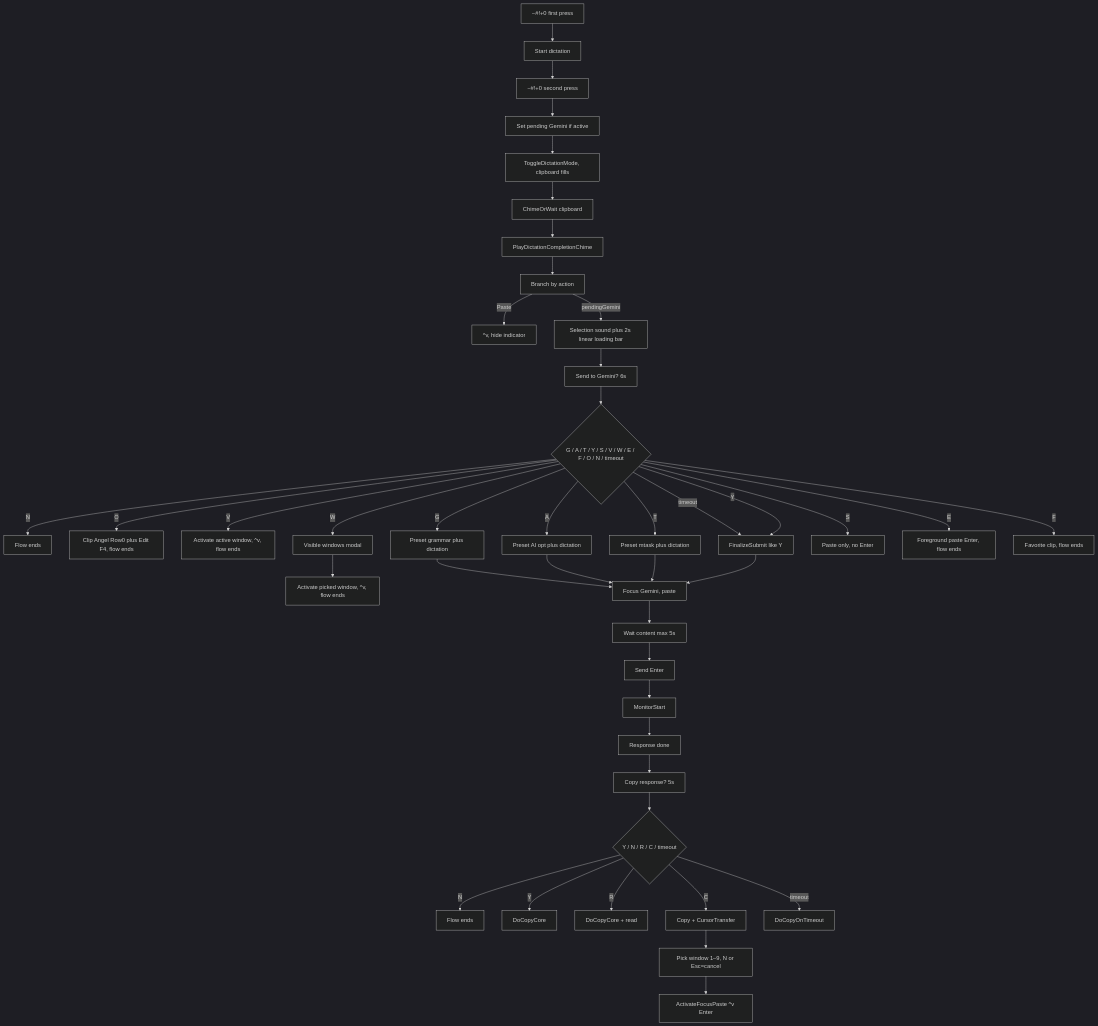
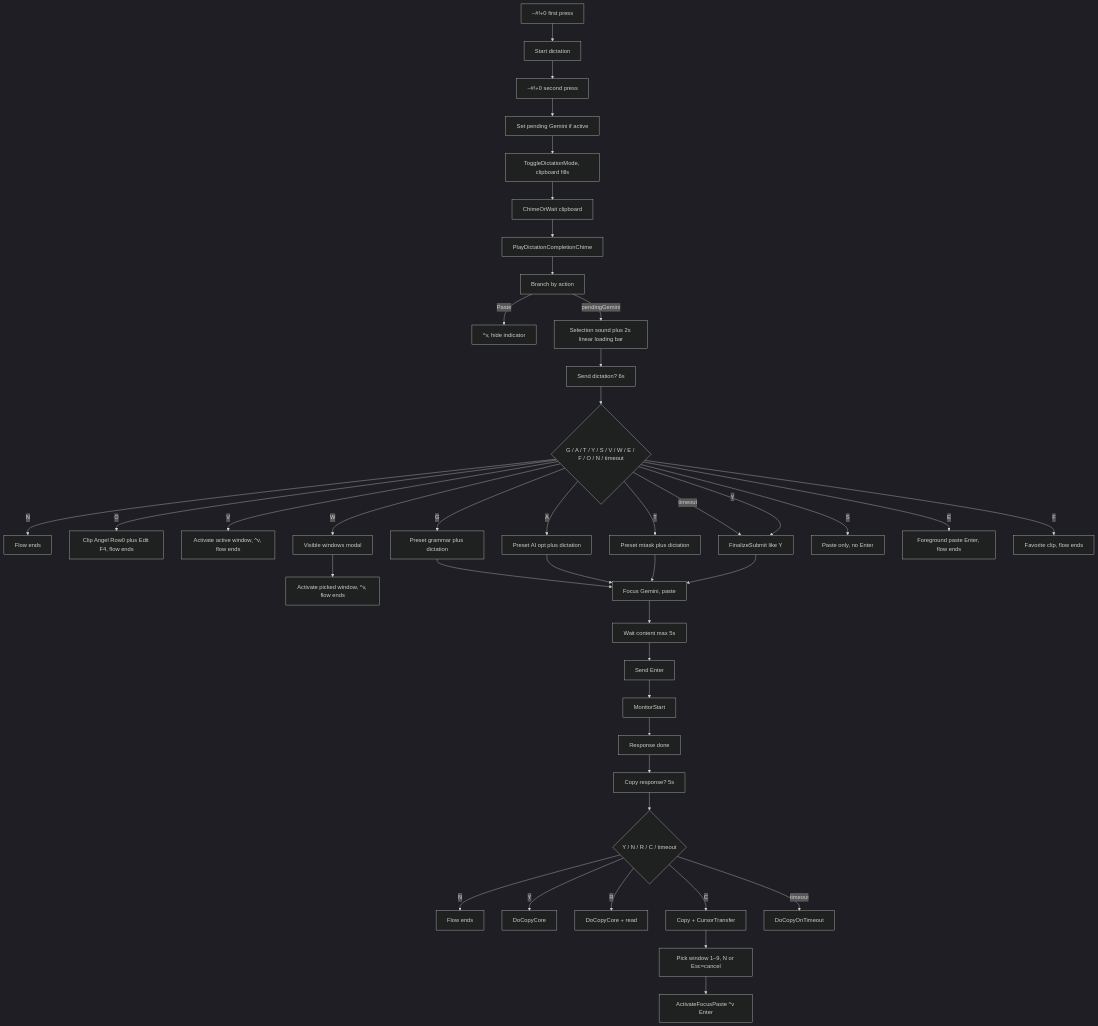
The first of 2 diagrams in docs/dictation-to-gemini-cursor-flow.md (duducm2/scripts), drawn with Mermaid (dark theme) before and after one commit. The commit also changed other lines of this file and 7 other files, not shown here.

````diff
--- a/docs/dictation-to-gemini-cursor-flow.md
+++ b/docs/dictation-to-gemini-cursor-flow.md
@@ -23,46 +23,46 @@
 ```mermaid
 flowchart TB
     H0["~#!+0 first press"]
     H0 --> StartDict["Start dictation"]
     StartDict --> H0Stop["~#!+0 second press"]
     H0Stop --> SetPending["Set pending Gemini if active"]
     SetPending --> ToggleMode["ToggleDictationMode, clipboard fills"]
     ToggleMode --> WaitClip["ChimeOrWait clipboard"]
     WaitClip --> PlayChime["PlayDictationCompletionChime"]
     PlayChime --> Branch["Branch by action"]
     Branch --> |"Paste"| PasteOnly["^v, hide indicator"]
     Branch --> |"pendingGemini"| PreMenu["Selection sound plus 2s linear loading bar"]
-    PreMenu --> ShowAndWait["Send to Gemini? 6s"]
+    PreMenu --> ShowAndWait["Send dictation? 6s"]
     ShowAndWait --> User6s{"G / A / T / Y / S / V / W / E / F / O / N / timeout"}
     User6s --> |"N"| Stop6s["Flow ends"]
     User6s --> |"O"| ClipAngelOpen["Clip Angel Row0 plus Edit F4, flow ends"]
     User6s --> |"V"| PasteOrig["Activate active window, ^v, flow ends"]
     User6s --> |"W"| VisiblePick["Visible windows modal"]
     VisiblePick --> PasteVisible["Activate picked window, ^v, flow ends"]
     User6s --> |"timeout"| Finalize["FinalizeSubmit like Y"]
     User6s --> |"Y"| Finalize
     User6s --> |"G"| FinalizePreset["Preset grammar plus dictation"]
     User6s --> |"A"| FinalizeAiopt["Preset AI opt plus dictation"]
     User6s --> |"T"| FinalizeMtask["Preset mtask plus dictation"]
     FinalizePreset --> PasteGemini
     FinalizeAiopt --> PasteGemini
     FinalizeMtask --> PasteGemini
     User6s --> |"S"| PasteOnly6s["Paste only, no Enter"]
     User6s --> |"E"| PasteSendHere["Foreground paste Enter, flow ends"]
     User6s --> |"F"| FavoriteClip["Favorite clip, flow ends"]
     Finalize --> PasteGemini["Focus Gemini, paste"]
     PasteGemini --> WaitContent["Wait content max 5s"]
     WaitContent --> SendEnter["Send Enter"]
     SendEnter --> StartMonitor["MonitorStart"]
     StartMonitor --> ResponseDone["Response done"]
     ResponseDone --> BannerCopy["Copy response? 5s"]
     BannerCopy --> UserCopy{"Y / N / R / C / timeout"}
     UserCopy --> |"N"| StopCopy["Flow ends"]
     UserCopy --> |"Y"| DoCopyOnly["DoCopyCore"]
     UserCopy --> |"R"| DoCopyRead["DoCopyCore + read"]
     UserCopy --> |"C"| DoTransfer["Copy + CursorTransfer"]
     UserCopy --> |"timeout"| DoCopyTimeout["DoCopyOnTimeout"]
 
     DoTransfer --> SelectWin["Pick window 1–9, N or Esc=cancel"]
     SelectWin --> ActivatePaste["ActivateFocusPaste ^v Enter"]
 ```
````
